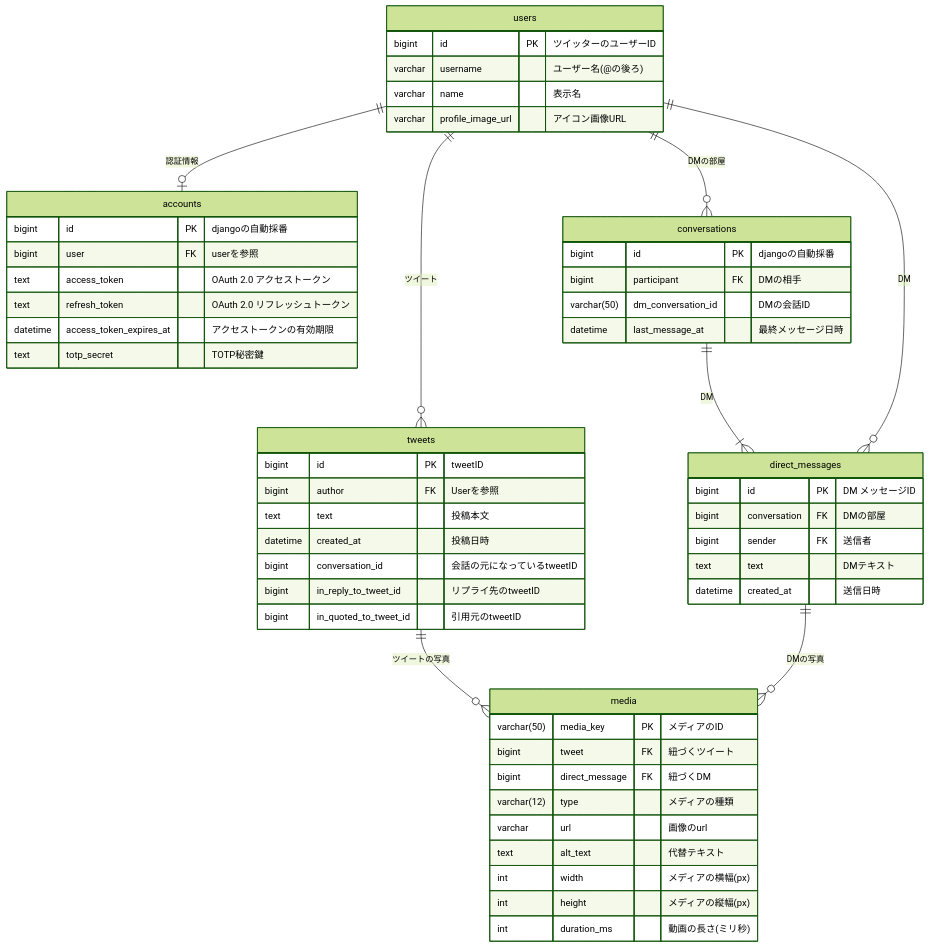
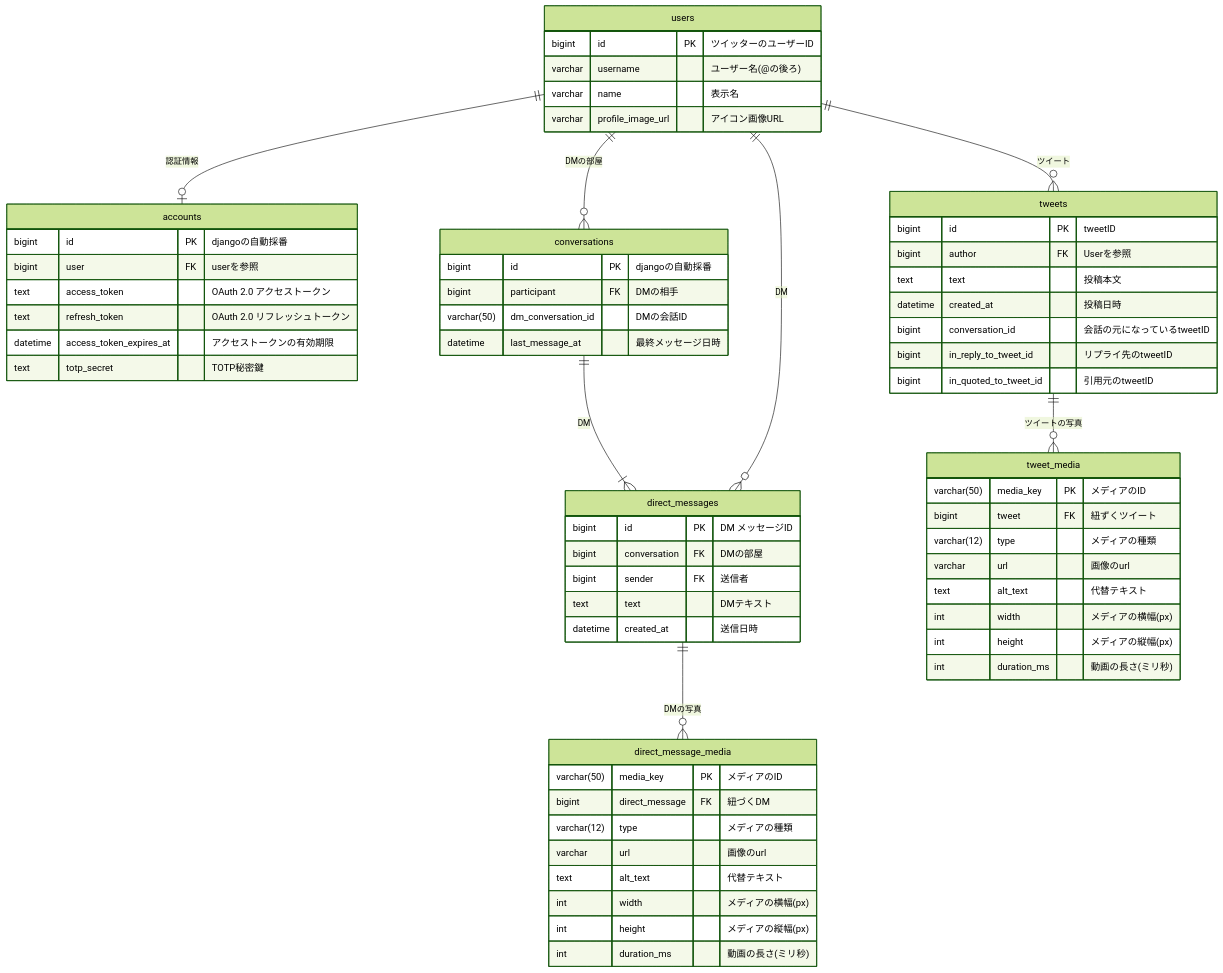
One commit to Akeno-p/nofeed-twitter changed the diagram in docs/design/databese.md. Above: the diagram before and after it, drawn with Mermaid (forest theme). The commit also changed other lines of this file, not shown here.

````diff
--- a/docs/design/databese.md
+++ b/docs/design/databese.md
@@ -13,63 +15,73 @@
 ```mermaid
 erDiagram
     users ||--o| accounts : "認証情報"
     users ||--o{ tweets:"ツイート"
     users ||--o{ conversations:"DMの部屋"
     conversations||--|{ direct_messages:"DM"
     users ||--o{ direct_messages:"DM"
-    tweets ||--o{ media:"ツイートの写真"
-    direct_messages||--o{ media:"DMの写真"
+    tweets ||--o{ tweet_media:"ツイートの写真"
+    direct_messages||--o{ direct_message_media:"DMの写真"
 
 users{
     bigint id PK "ツイッターのユーザーID"
     varchar username "ユーザー名(@の後ろ)"
     varchar name "表示名"
     varchar profile_image_url "アイコン画像URL"
 }
 
 accounts{
     bigint id PK "djangoの自動採番"
     bigint user FK "userを参照"
     text access_token "OAuth 2.0 アクセストークン"
     text refresh_token "OAuth 2.0 リフレッシュトークン"
     datetime access_token_expires_at "アクセストークンの有効期限"
     text totp_secret "TOTP秘密鍵"
 }
 
 tweets{
     bigint id PK "tweetID"
     bigint author FK "Userを参照"
     text text "投稿本文"
     datetime created_at "投稿日時"
     bigint conversation_id "会話の元になっているtweetID"
     bigint in_reply_to_tweet_id "リプライ先のtweetID"
     bigint in_quoted_to_tweet_id "引用元のtweetID"
     }
 
 conversations{
     bigint id PK "djangoの自動採番"
     bigint participant FK "DMの相手"
     varchar(50) dm_conversation_id "DMの会話ID"
     datetime last_message_at "最終メッセージ日時"
 }
 
 direct_messages{
     bigint id PK "DM メッセージID"
     bigint conversation FK "DMの部屋"
     bigint sender FK "送信者"
     text text "DMテキスト"
     datetime created_at "送信日時"
 }
 
-media{
+tweet_media{
     varchar(50) media_key PK "メディアのID"
-    bigint tweet FK "紐づくツイート"
+    bigint tweet FK "紐ずくツイート"
+    varchar(12) type "メディアの種類"
+    varchar url "画像のurl"
+    text alt_text "代替テキスト"
+    int width "メディアの横幅(px)"
+    int height "メディアの縦幅(px)"
+    int duration_ms "動画の長さ(ミリ秒)"
+}
+
+direct_message_media{
+    varchar(50) media_key PK "メディアのID"
     bigint direct_message FK "紐づくDM"
     varchar(12) type "メディアの種類"
     varchar url "画像のurl"
     text alt_text "代替テキスト"
     int width "メディアの横幅(px)"
     int height "メディアの縦幅(px)"
     int duration_ms "動画の長さ(ミリ秒)"
 }
 ```
````
